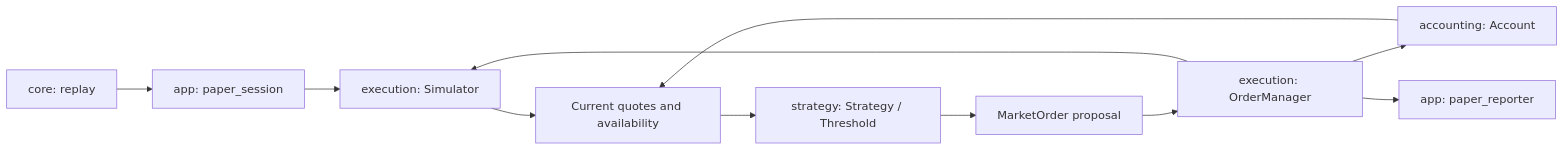
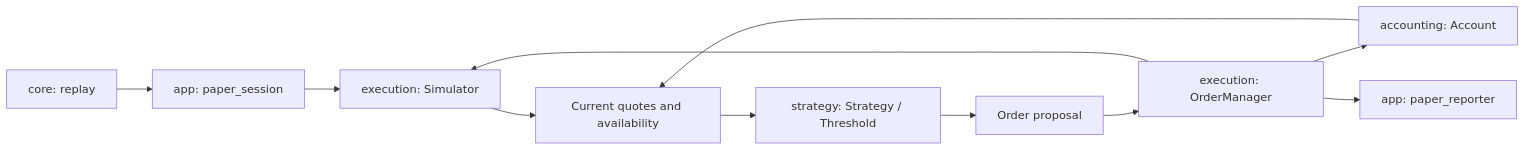
The diagram in docs/strategies.md (Prorok1015/tickforge), drawn with Mermaid before and after one commit. The commit also changed 28 other files, not shown here.

````diff
--- a/docs/strategies.md
+++ b/docs/strategies.md
@@ -24,13 +24,13 @@
 ```mermaid
 flowchart LR
     Replay[core: replay] --> App[app: paper_session]
     App --> Sim[execution: Simulator]
     Sim --> View[Current quotes and availability]
     Account[accounting: Account] --> View
     View --> Strategy[strategy: Strategy / Threshold]
-    Strategy --> Request[MarketOrder proposal]
+    Strategy --> Request[Order proposal]
     Request --> Manager[execution: OrderManager]
     Manager --> Sim
     Manager --> Account
     Manager --> Journal[app: paper_reporter]
 ```
````
